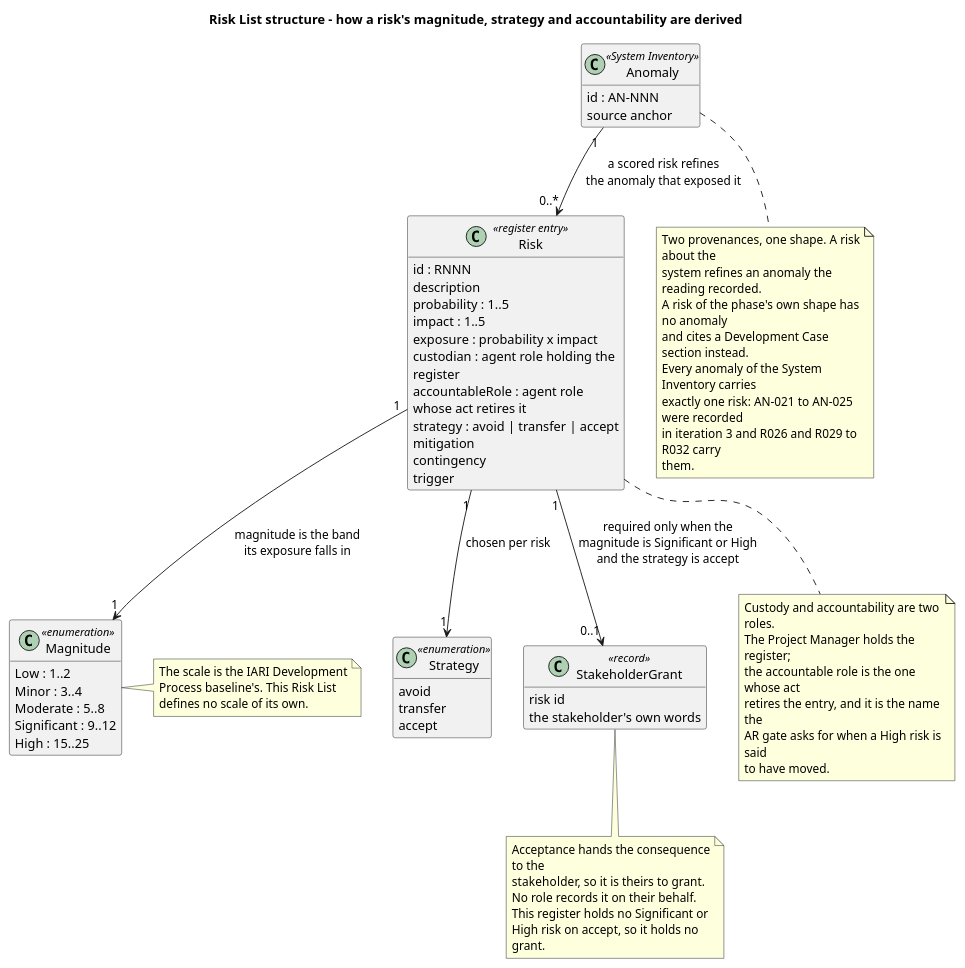
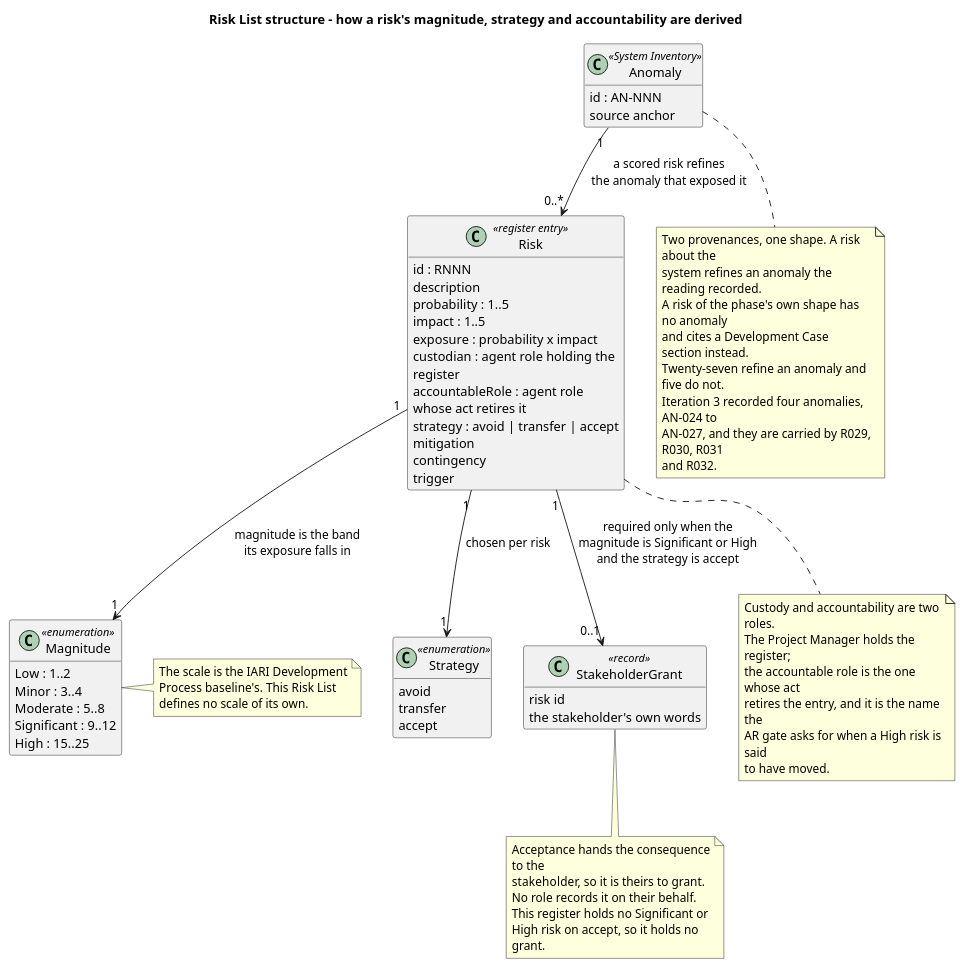
Before and after one commit to banense-test/dapr: the first of 2 diagrams in docs/artifacts/project-management/risk-list.md, drawn with PlantUML. The commit also changed other lines of this file, not shown here.

Commit message:
Project Manager [Survey3]: upsert Risk List
[skip ci]

````diff
--- a/docs/artifacts/project-management/risk-list.md
+++ b/docs/artifacts/project-management/risk-list.md
@@ -106,10 +106,10 @@
   system refines an anomaly the reading recorded.
   A risk of the phase's own shape has no anomaly
   and cites a Development Case section instead.
-  Every anomaly of the System Inventory carries
-  exactly one risk: AN-021 to AN-025 were recorded
-  in iteration 3 and R026 and R029 to R032 carry
-  them.
+  Twenty-seven refine an anomaly and five do not.
+  Iteration 3 recorded four anomalies, AN-024 to
+  AN-027, and they are carried by R029, R030, R031
+  and R032.
 end note
 @enduml
 ```
````
